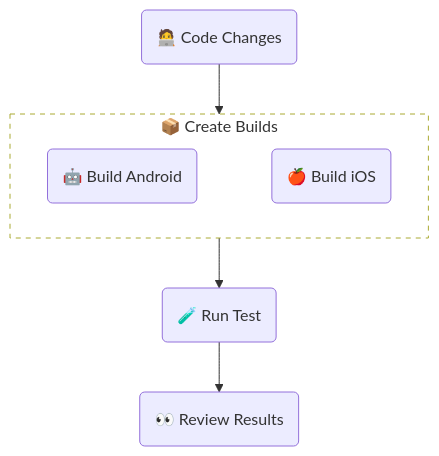
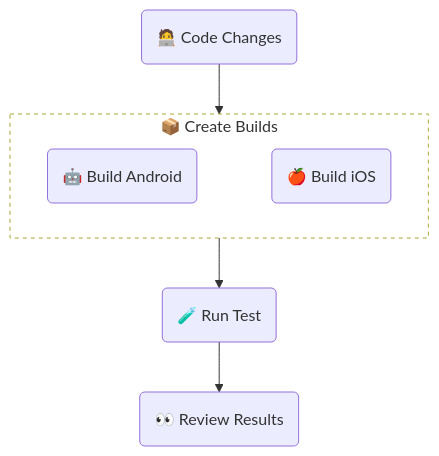
Before and after one commit to sherlo-io/sherlo: the diagram in examples/standard/README.md, drawn with Mermaid.

Commit message:
no message

````diff
--- a/examples/standard/README.md
+++ b/examples/standard/README.md
@@ -14,16 +14,16 @@
 ```mermaid
 flowchart TB
    UI(🧑‍💻 Code Changes)
    subgraph Build[📦 Create Builds]
       Android(🤖 Build Android)
       iOS(🍎 Build iOS)
       Android ~~~ iOS
-      style Build fill:#00000000,stroke-dasharray: 5 5
+      style Build fill:#00000000,stroke-dasharray: 4 4
    end
    Test(🧪 Run Test)
    Review(👀 Review Results)
 
    UI --> Build
    Build --> Test
    Test --> Review
 ```
````
